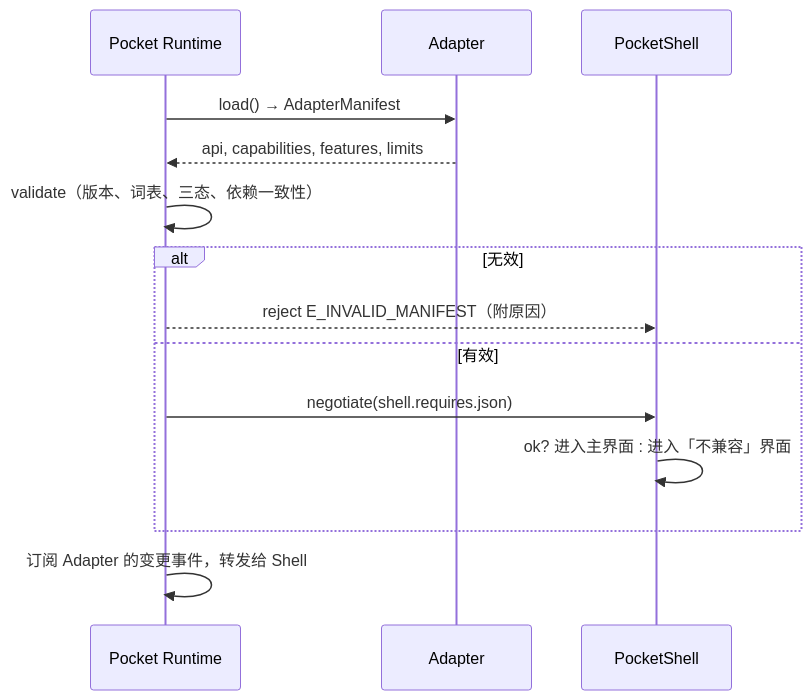
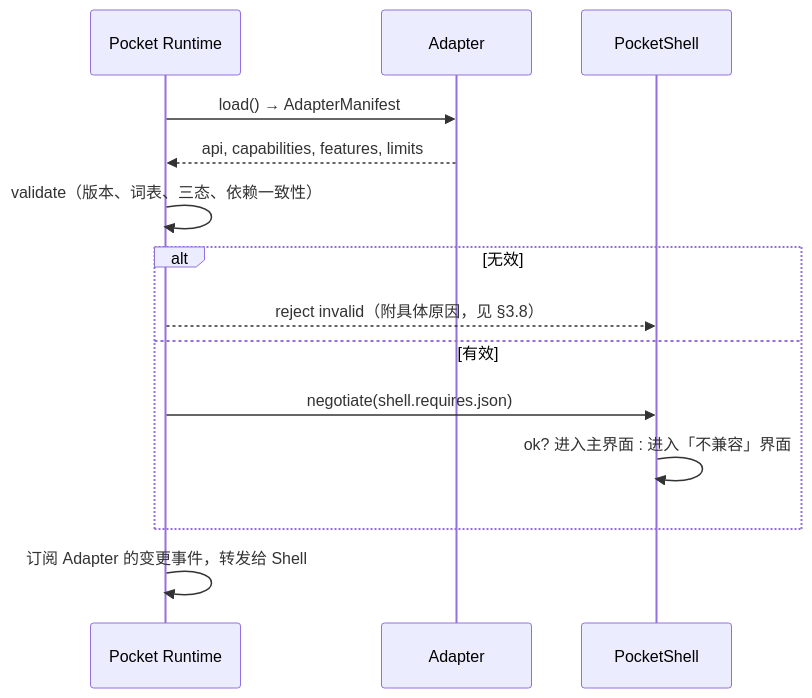
Before and after one commit to iamcheyan/PJOS-LINUX: the diagram in docs/pocketshell-extraction/04-capability-feature.md, drawn with Mermaid.

Commit message:
docs(pocketshell): name the startup failure by its contract error code
The startup sequence diagram rejected an invented E_INVALID_MANIFEST, which the
error table never defines. It now rejects invalid and points at the consistency
rules that produce it.

````diff
--- a/docs/pocketshell-extraction/04-capability-feature.md
+++ b/docs/pocketshell-extraction/04-capability-feature.md
@@ -207,16 +207,16 @@
 ```mermaid
 sequenceDiagram
   participant RT as Pocket Runtime
   participant AD as Adapter
   participant SH as PocketShell
   RT->>AD: load() → AdapterManifest
   AD-->>RT: api, capabilities, features, limits
   RT->>RT: validate（版本、词表、三态、依赖一致性）
   alt 无效
-    RT-->>SH: reject E_INVALID_MANIFEST（附原因）
+    RT-->>SH: reject invalid（附具体原因，见 §3.8）
   else 有效
     RT->>SH: negotiate(shell.requires.json)
     SH->>SH: ok? 进入主界面 : 进入「不兼容」界面
   end
   RT->>RT: 订阅 Adapter 的变更事件，转发给 Shell
 ```
````
